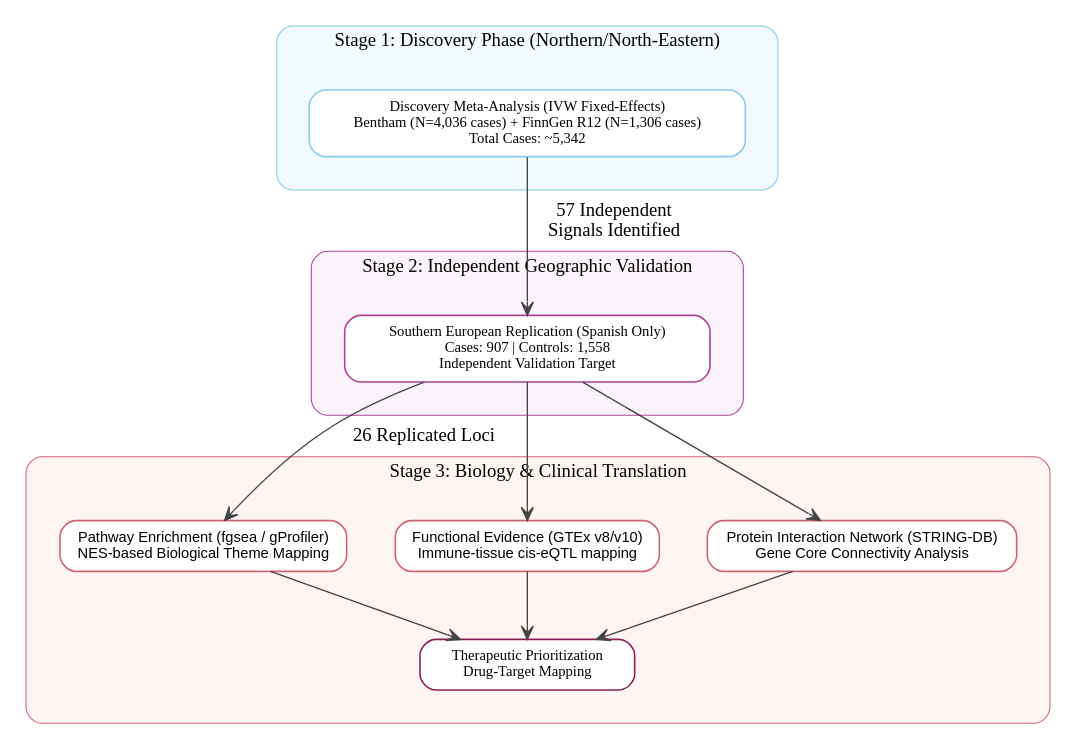
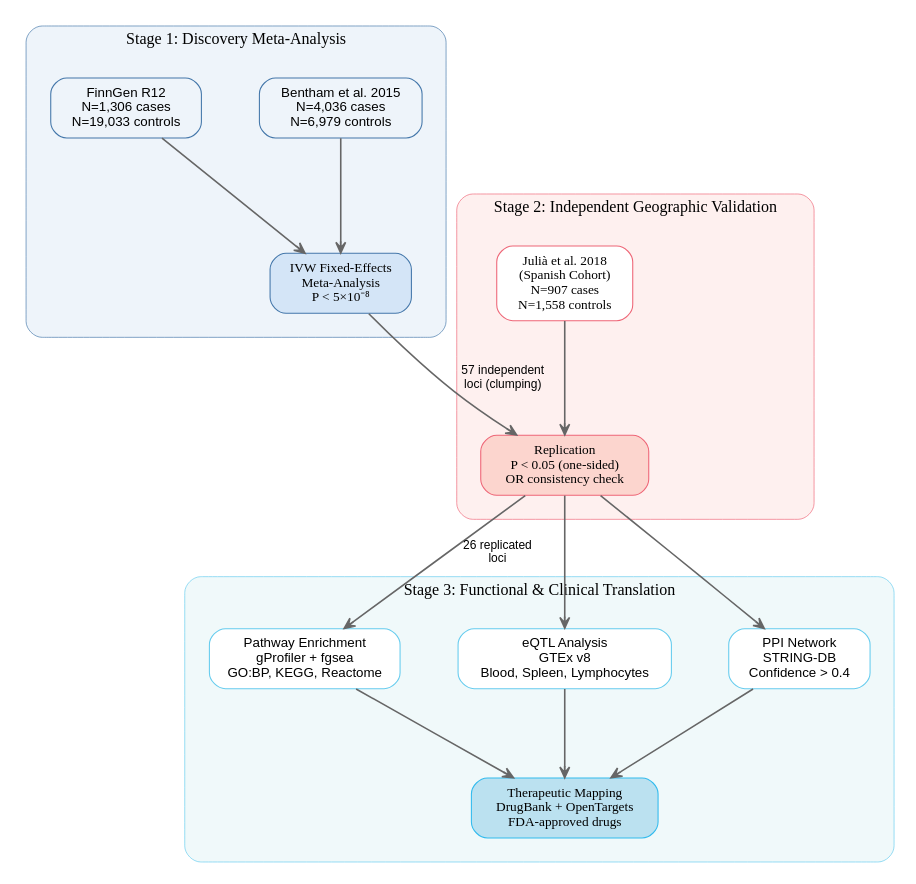
Before and after one commit to vijayachitrabio/SLE_MetaAnalysis: the diagram in figures/project_pipeline.dot, drawn with Graphviz. The commit also changed 28 other files, not shown here.

First line of the commit message:
Improve visualizations: eQTL heatmaps, pathway enrichment, PPI network, downstream plots

```diff
--- a/figures/project_pipeline.dot
+++ b/figures/project_pipeline.dot
@@ -1,47 +1,60 @@
 digraph SLE_Publication_Pipeline {
     // --- Global Aesthetics (Optimized for Publication) ---
-    graph [rankdir=TB, nodesep=0.5, ranksep=0.7, fontname="Arial", 
-           labeljust="c", labelloc="t", compound=true, penwidth=0.8];
-    node [fontname="Arial", fontsize=11, style="filled,rounded", shape=box, margin="0.2,0.1", penwidth=1.2];
-    edge [color="#444444", arrowhead=vee, arrowsize=1.0, penwidth=1.0];
+    graph [rankdir=TB, nodesep=0.6, ranksep=0.9, fontname="Helvetica", 
+           labeljust="c", labelloc="t", compound=true, penwidth=0.5, size="11,9"];
+    node [fontname="Helvetica", fontsize=10, style="filled,rounded", shape=box, margin="0.15,0.08", penwidth=0.8];
+    edge [color="#666666", arrowhead=vee, arrowsize=0.8, penwidth=1.2];
 
-    // --- Stage 1: Discovery Phase (Northern Europe) ---
+    // --- Stage 1: Discovery Phase ---
     subgraph cluster_1 {
-        label = "Stage 1: Discovery Phase (Northern/North-Eastern)";
-        labeljust="c"; labelloc="t"; fontname="Arial Bold"; fontsize=14;
-        color="#88CCEE"; style="rounded,filled"; fillcolor="#F2F9FF"; margin=25;
+        label = "Stage 1: Discovery Meta-Analysis";
+        labeljust="c"; labelloc="t"; fontname="Helvetica Bold"; fontsize=12;
+        color="#4477AA"; style="rounded,filled"; fillcolor="#EEF4FA"; margin=18;
 
-        discovery [label="Discovery Meta-Analysis (IVW Fixed-Effects)\nBentham (N=4,036 cases) + FinnGen R12 (N=1,306 cases)\nTotal Cases: ~5,342", fillcolor="#FFFFFF", color="#88CCEE", fontname="Arial Bold"];
+        bentham [label="Bentham et al. 2015\nN=4,036 cases\nN=6,979 controls", 
+                 fillcolor="#FFFFFF", color="#4477AA", style="rounded"];
+        finngen [label="FinnGen R12\nN=1,306 cases\nN=19,033 controls", 
+                 fillcolor="#FFFFFF", color="#4477AA", style="rounded"];
+        meta [label="IVW Fixed-Effects\nMeta-Analysis\nP < 5×10⁻⁸", 
+              fillcolor="#D4E5F7", color="#4477AA", fontname="Helvetica Bold"];
+        
+        bentham -> meta;
+        finngen -> meta;
     }
 
-    // --- Stage 2: Independent Validation (Southern Europe) ---
+    // --- Stage 2: Independent Validation ---
     subgraph cluster_2 {
         label = "Stage 2: Independent Geographic Validation";
-        labeljust="c"; labelloc="t"; fontname="Arial Bold"; fontsize=14;
-        color="#AA4499"; style="rounded,filled"; fillcolor="#FAF4FA"; margin=25;
+        labeljust="c"; labelloc="t"; fontname="Helvetica Bold"; fontsize=12;
+        color="#EE6677"; style="rounded,filled"; fillcolor="#FEF0EF"; margin=18;
 
-        replication [label="Southern European Replication (Spanish Only)\nCases: 907 | Controls: 1,558\nIndependent Validation Target", fillcolor="#FFFFFF", color="#AA4499", fontname="Arial Bold"];
+        spanish [label="Julià et al. 2018\n(Spanish Cohort)\nN=907 cases\nN=1,558 controls", 
+                 fillcolor="#FFFFFF", color="#EE6677", fontname="Helvetica Bold"];
+        validation [label="Replication\nP < 0.05 (one-sided)\nOR consistency check", 
+                   fillcolor="#FCD5CE", color="#EE6677", fontname="Helvetica Bold"];
+        
+        spanish -> validation;
     }
 
     // --- Stage 3: Functional & Clinical Translation ---
     subgraph cluster_3 {
-        label = "Stage 3: Biology & Clinical Translation";
-        labeljust="c"; labelloc="t"; fontname="Arial Bold"; fontsize=14;
-        color="#CC6677"; style="rounded,filled"; fillcolor="#FFF4F4"; margin=25;
+        label = "Stage 3: Functional & Clinical Translation";
+        labeljust="c"; labelloc="t"; fontname="Helvetica Bold"; fontsize=12;
+        color="#66CCEE"; style="rounded,filled"; fillcolor="#F0F9FA"; margin=18;
 
-        enrich  [label="Pathway Enrichment (fgsea / gProfiler)\nNES-based Biological Theme Mapping", fillcolor="#FFFFFF", color="#CC6677"];
-        eqtl    [label="Functional Evidence (GTEx v8/v10)\nImmune-tissue cis-eQTL mapping",    fillcolor="#FFFFFF", color="#CC6677"];
-        ppi     [label="Protein Interaction Network (STRING-DB)\nGene Core Connectivity Analysis", fillcolor="#FFFFFF", color="#CC6677"];
-        drug    [label="Therapeutic Prioritization\nDrug-Target Mapping",       fillcolor="#FFFFFF", color="#882255", fontname="Arial Bold"];
+        enrich  [label="Pathway Enrichment\ngProfiler + fgsea\nGO:BP, KEGG, Reactome", fillcolor="#FFFFFF", color="#66CCEE"];
+        eqtl    [label="eQTL Analysis\nGTEx v8\nBlood, Spleen, Lymphocytes", fillcolor="#FFFFFF", color="#66CCEE"];
+        ppi     [label="PPI Network\nSTRING-DB\nConfidence > 0.4", fillcolor="#FFFFFF", color="#66CCEE"];
+        drug    [label="Therapeutic Mapping\nDrugBank + OpenTargets\nFDA-approved drugs", fillcolor="#BBE1F0", color="#33BBEE", fontname="Helvetica Bold"];
     }
 
     // --- Flow Logic ---
-    discovery -> replication [label=" 57 Independent\n Signals Identified"];
-    replication -> enrich [label=" 26 Replicated Loci"];
-    replication -> eqtl;
-    replication -> ppi;
+    meta -> validation [label="57 independent\nloci (clumping)", fontname="Helvetica", fontsize=9];
+    validation -> enrich [label="26 replicated\nloci", fontname="Helvetica", fontsize=9];
+    validation -> eqtl;
+    validation -> ppi;
 
     enrich  -> drug;
     eqtl    -> drug;
     ppi     -> drug;
 }
```
